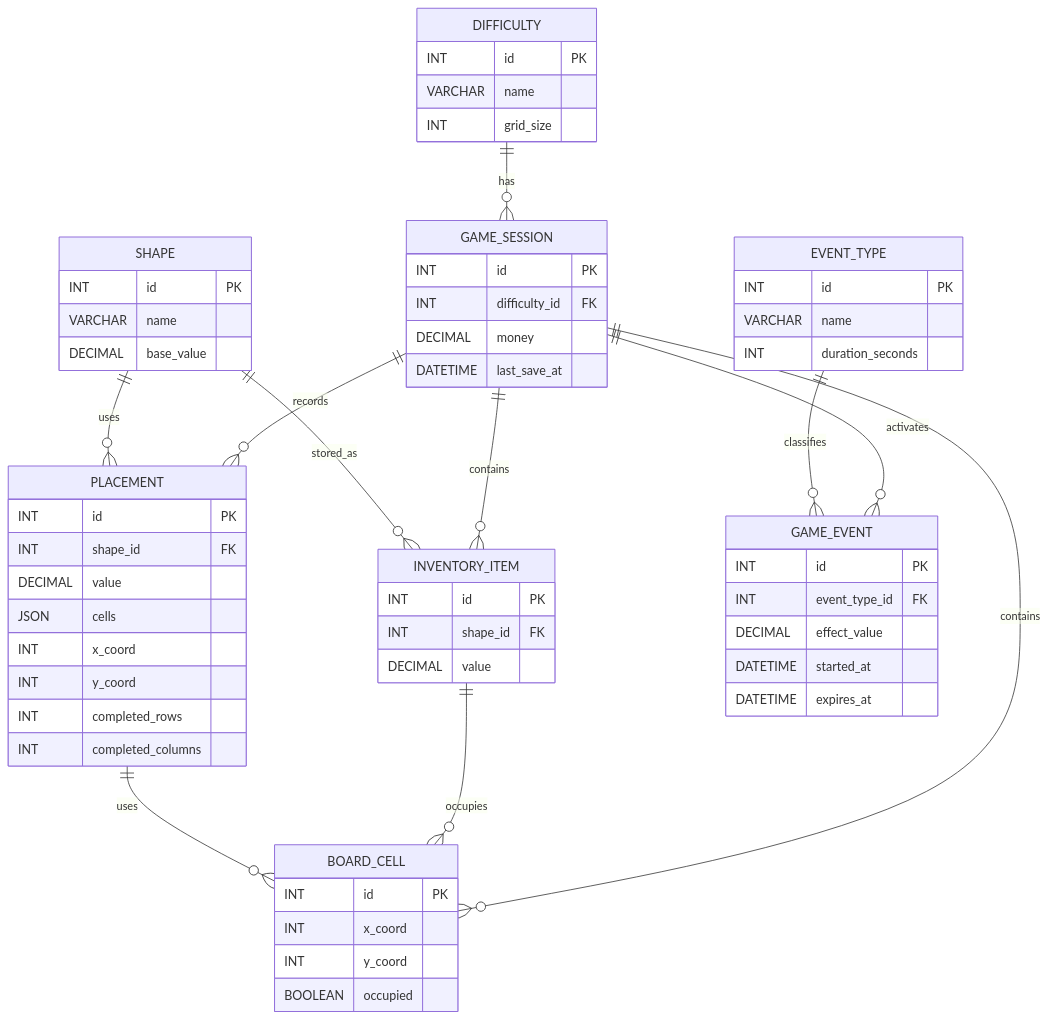
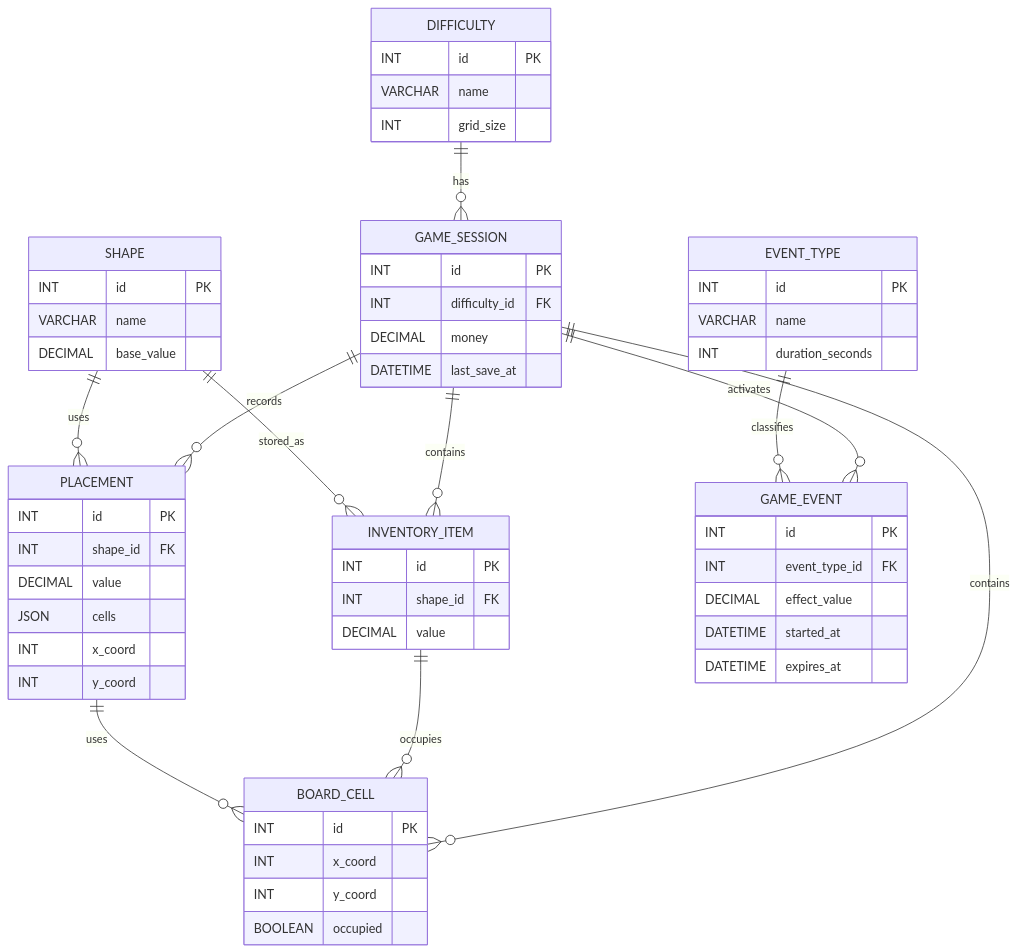
The diagram in Documentations/SQL_Diagram.md (Andris07/idle_game_school_project), drawn with Mermaid before and after one commit.

Commit message:
minor: db changes

````diff
--- a/Documentations/SQL_Diagram.md
+++ b/Documentations/SQL_Diagram.md
@@ -3,77 +3,75 @@
 ```mermaid
 erDiagram
 
     DIFFICULTY ||--o{ GAME_SESSION : has
 
     GAME_SESSION ||--o{ INVENTORY_ITEM : contains
     SHAPE ||--o{ INVENTORY_ITEM : stored_as
 
     GAME_SESSION ||--o{ BOARD_CELL : contains
     INVENTORY_ITEM ||--o{ BOARD_CELL : occupies
 
     GAME_SESSION ||--o{ PLACEMENT : records
     SHAPE ||--o{ PLACEMENT : uses
     PLACEMENT ||--o{ BOARD_CELL : uses
 
     GAME_SESSION ||--o{ GAME_EVENT : activates
     EVENT_TYPE ||--o{ GAME_EVENT : classifies
 
 
     DIFFICULTY {
         INT id PK
         VARCHAR name
         INT grid_size
     }
 
     GAME_SESSION {
         INT id PK
         INT difficulty_id FK
         DECIMAL money
         DATETIME last_save_at
     }
 
     SHAPE {
         INT id PK
         VARCHAR name
         DECIMAL base_value
     }
 
     INVENTORY_ITEM {
         INT id PK
         INT shape_id FK
         DECIMAL value
     }
 
     BOARD_CELL {
         INT id PK
         INT x_coord
         INT y_coord
         BOOLEAN occupied
     }
 
     PLACEMENT {
         INT id PK
         INT shape_id FK
         DECIMAL value
         JSON cells
         INT x_coord
         INT y_coord
-        INT completed_rows
-        INT completed_columns
     }
 
     EVENT_TYPE {
         INT id PK
         VARCHAR name
         INT duration_seconds
     }
 
     GAME_EVENT {
         INT id PK
         INT event_type_id FK
         DECIMAL effect_value
         DATETIME started_at
         DATETIME expires_at
     }
 
 ```
````
